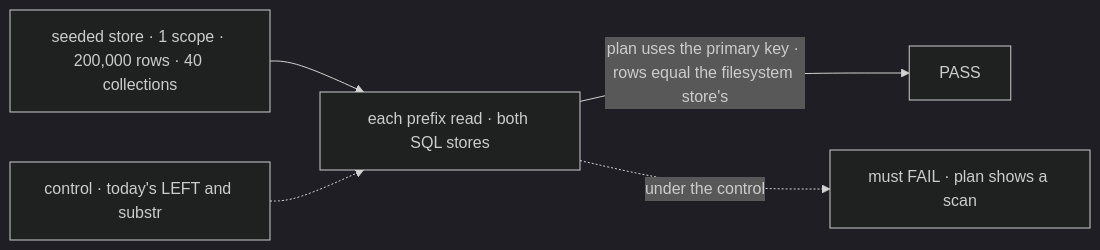
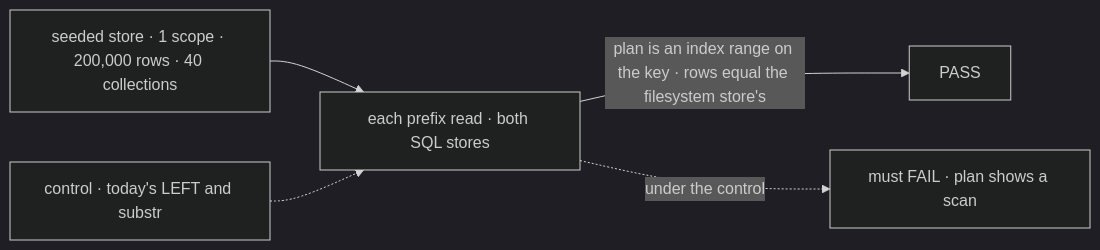
Before and after one commit to fixpoint-labs/flow-state-dev: the first of 2 diagrams in specs/issues/FIX-2944/SPEC.md, drawn with Mermaid (dark theme). The commit also changed other lines of this file and 15 other files, not shown here.

````diff
--- a/specs/issues/FIX-2944/SPEC.md
+++ b/specs/issues/FIX-2944/SPEC.md
@@ -25,7 +25,7 @@
 ```mermaid
 flowchart LR
   S["seeded store · 1 scope · 200,000 rows · 40 collections"] --> Q["each prefix read · both SQL stores"]
-  Q -->|"plan uses the primary key · rows equal the filesystem store's"| P["PASS"]
+  Q -->|"plan is an index range on the key · rows equal the filesystem store's"| P["PASS"]
   C["control · today's LEFT and substr"] -.-> Q
   Q -.->|"under the control"| F["must FAIL · plan shows a scan"]
 ```
````
